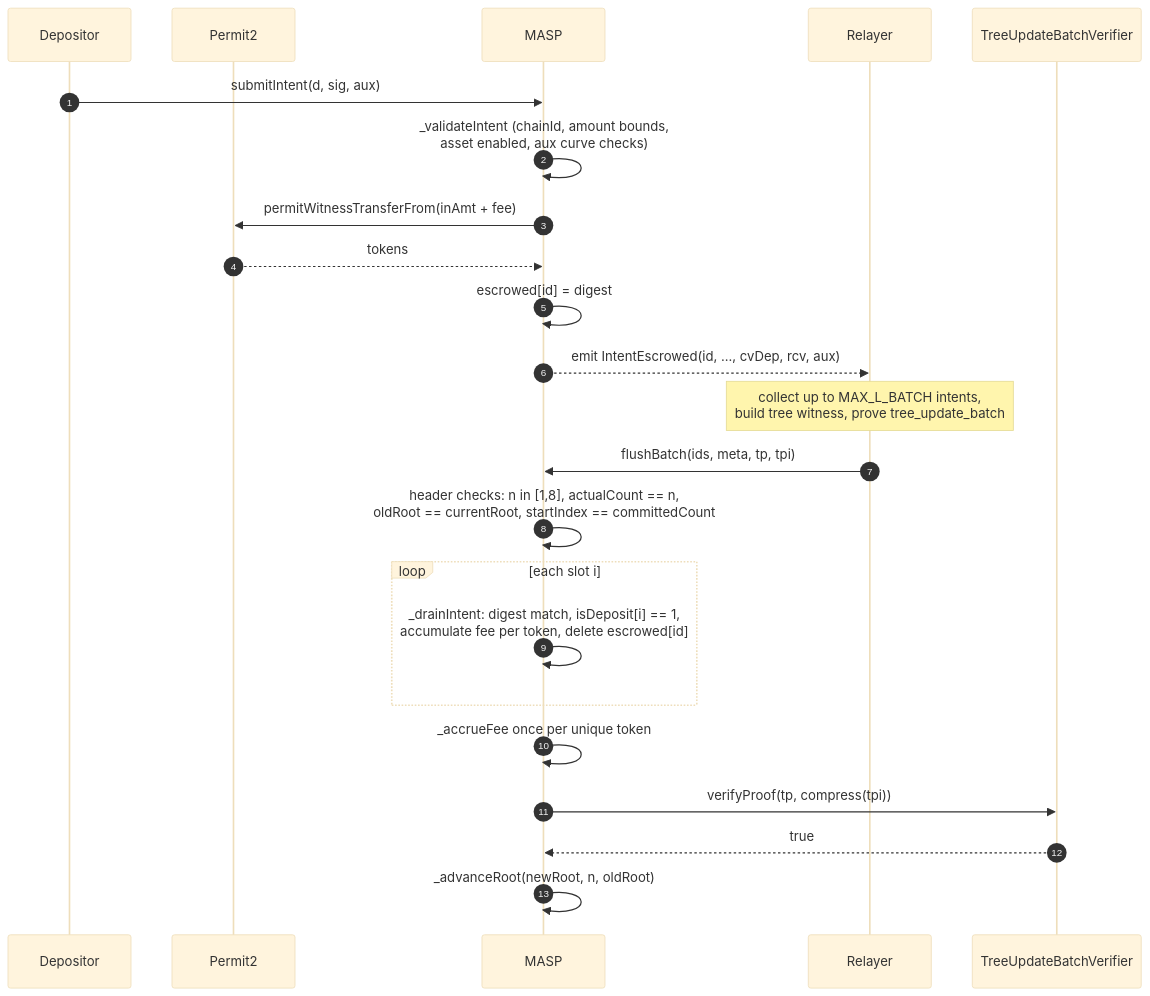
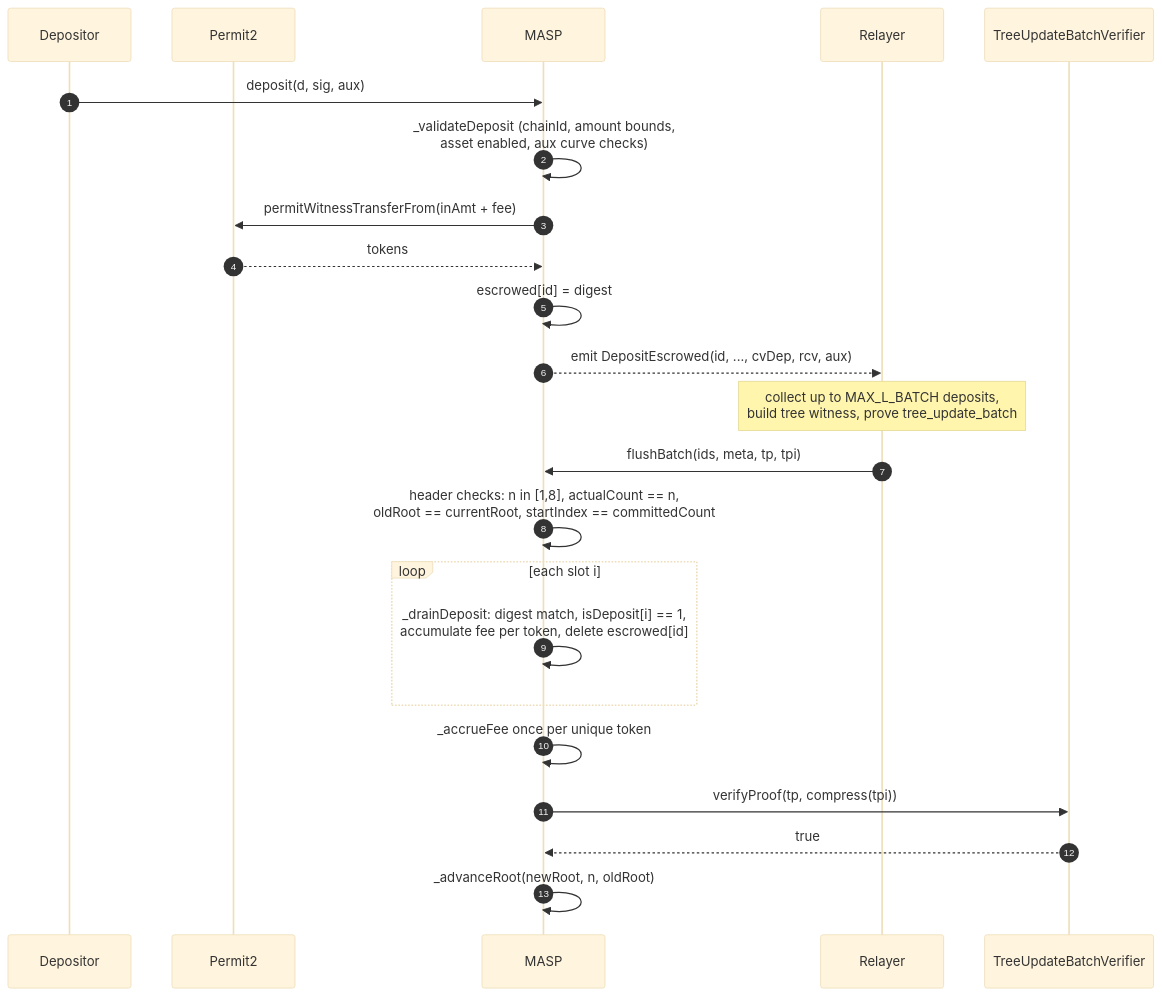
Before and after one commit to lelantos-org/contracts: the seventh of 10 diagrams in src/README.md, drawn with Mermaid (base theme). The commit also changed other lines of this file and 93 other files, not shown here.

````diff
--- a/src/README.md
+++ b/src/README.md
@@ -314,28 +315,28 @@
 ```mermaid
 sequenceDiagram
   autonumber
   participant U as Depositor
   participant P2 as Permit2
   participant M as MASP
   participant Rl as Relayer
   participant TV as TreeUpdateBatchVerifier
 
-  U->>M: submitIntent(d, sig, aux)
-  M->>M: _validateIntent (chainId, amount bounds,<br/>asset enabled, aux curve checks)
+  U->>M: deposit(d, sig, aux)
+  M->>M: _validateDeposit (chainId, amount bounds,<br/>asset enabled, aux curve checks)
   M->>P2: permitWitnessTransferFrom(inAmt + fee)
   P2-->>M: tokens
   M->>M: escrowed[id] = digest
-  M-->>Rl: emit IntentEscrowed(id, ..., cvDep, rcv, aux)
+  M-->>Rl: emit DepositEscrowed(id, ..., cvDep, rcv, aux)
 
-  Note over Rl: collect up to MAX_L_BATCH intents,<br/>build tree witness, prove tree_update_batch
+  Note over Rl: collect up to MAX_L_BATCH deposits,<br/>build tree witness, prove tree_update_batch
 
   Rl->>M: flushBatch(ids, meta, tp, tpi)
   M->>M: header checks: n in [1,8], actualCount == n,<br/>oldRoot == currentRoot, startIndex == committedCount
   loop each slot i
-    M->>M: _drainIntent: digest match, isDeposit[i] == 1,<br/>accumulate fee per token, delete escrowed[id]
+    M->>M: _drainDeposit: digest match, isDeposit[i] == 1,<br/>accumulate fee per token, delete escrowed[id]
   end
   M->>M: _accrueFee once per unique token
   M->>TV: verifyProof(tp, compress(tpi))
   TV-->>M: true
   M->>M: _advanceRoot(newRoot, n, oldRoot)
 ```
````
